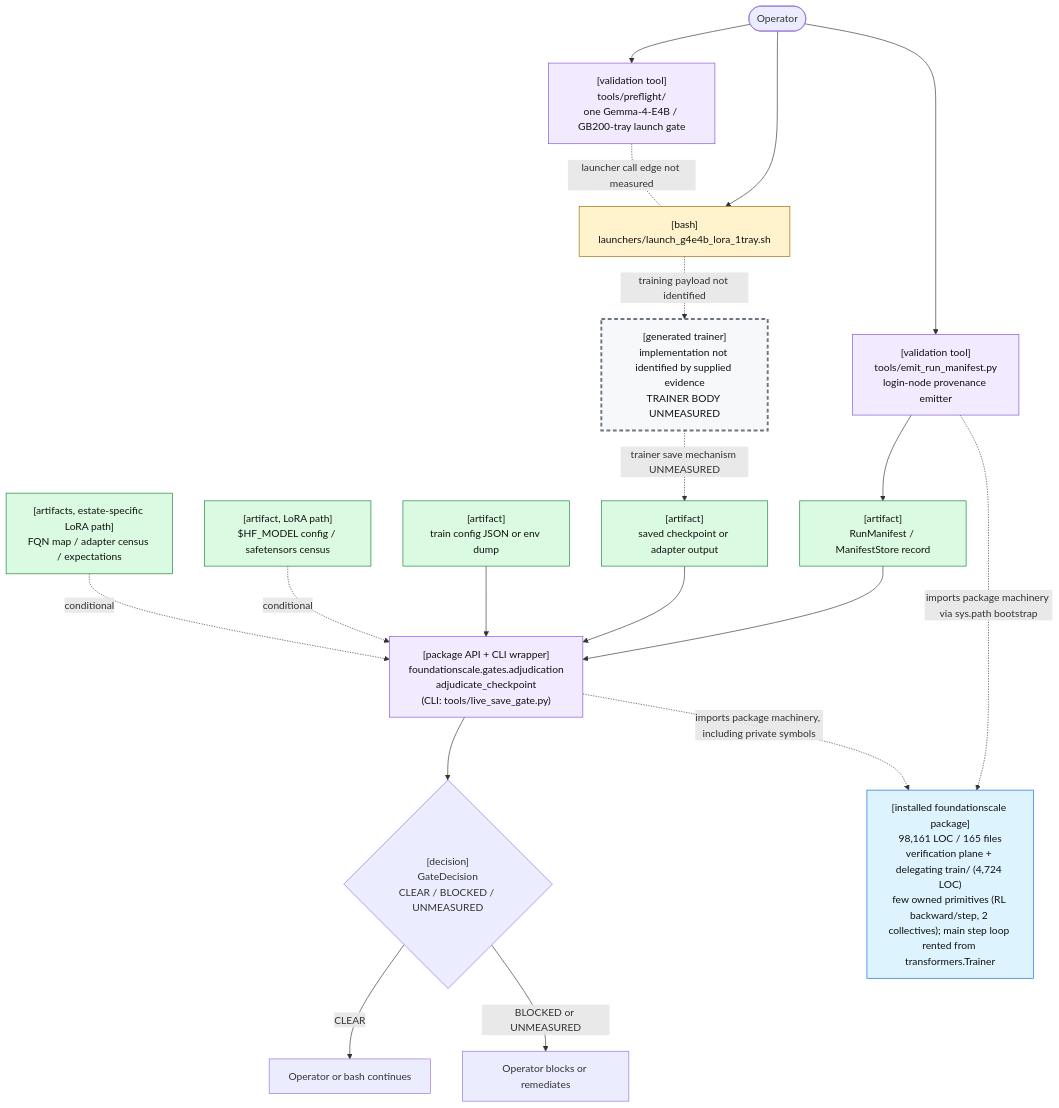
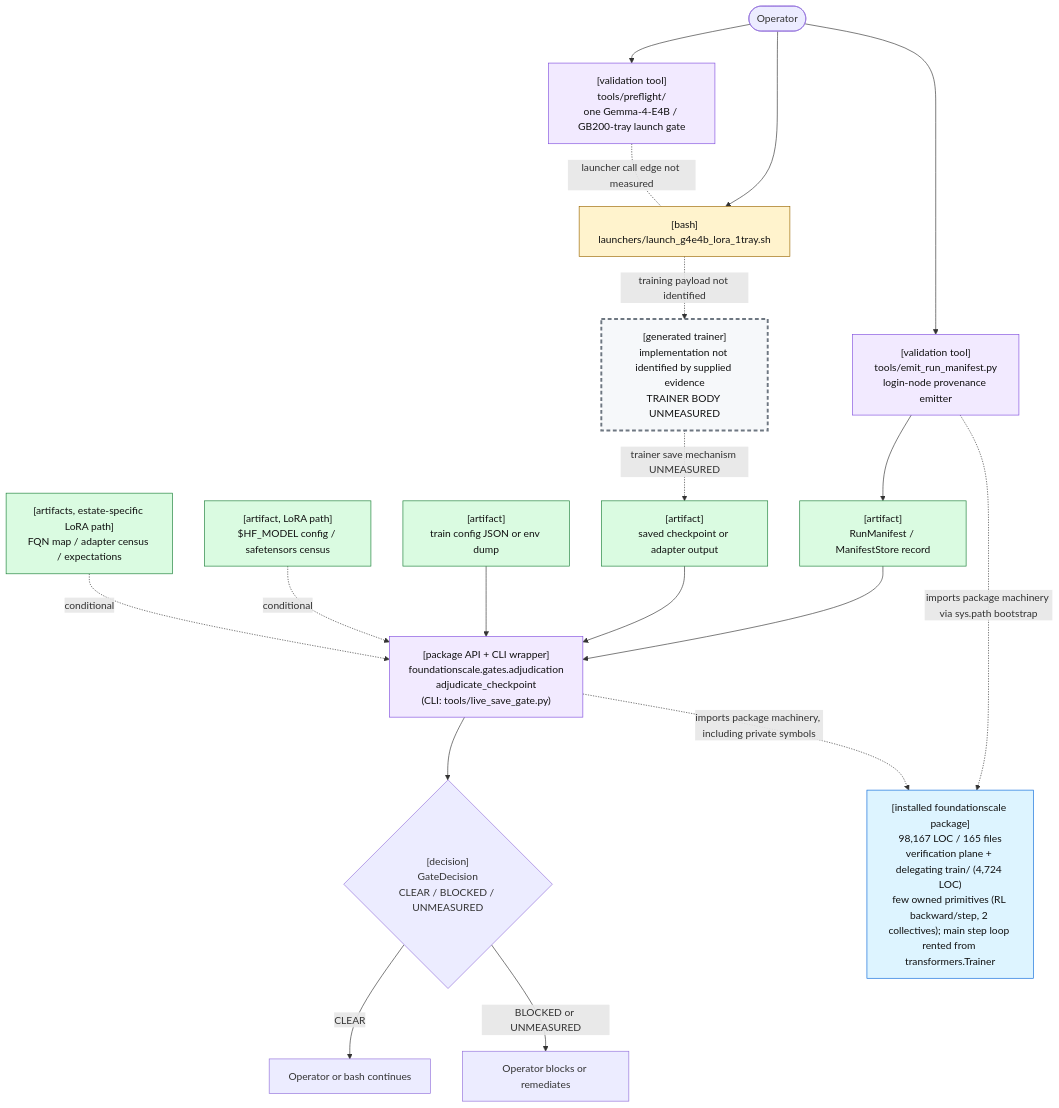
The first of 2 diagrams in docs/review/D2_current_architecture.md (TranNhiem/FoundationScale), drawn with Mermaid before and after one commit. The commit also changed other lines of this file and 10 other files, not shown here.

````diff
--- a/docs/review/D2_current_architecture.md
+++ b/docs/review/D2_current_architecture.md
@@ -25,59 +25,59 @@
 ```mermaid
 flowchart TB
   O(["Operator"])
 
   PF["[validation tool]<br/>tools/preflight/<br/>one Gemma-4-E4B / GB200-tray launch gate"]
   L["[bash]<br/>launchers/launch_g4e4b_lora_1tray.sh"]
 
   E["[validation tool]<br/>tools/emit_run_manifest.py<br/>login-node provenance emitter"]
   M["[artifact]<br/>RunManifest / ManifestStore record"]
 
   T["[generated trainer]<br/>implementation not identified by supplied evidence<br/>TRAINER BODY UNMEASURED"]
   C["[artifact]<br/>saved checkpoint or adapter output"]
 
   G["[package API + CLI wrapper]<br/>foundationscale.gates.adjudication<br/>adjudicate_checkpoint<br/>(CLI: tools/live_save_gate.py)"]
   CFG["[artifact]<br/>train config JSON or env dump"]
   BASE["[artifact, LoRA path]<br/>$HF_MODEL config / safetensors census"]
   CEN["[artifacts, estate-specific LoRA path]<br/>FQN map / adapter census / expectations"]
 
   D{"[decision]<br/>GateDecision<br/>CLEAR / BLOCKED / UNMEASURED"}
   OK["Operator or bash continues"]
   NO["Operator blocks or remediates"]
 
-  PKG["[installed foundationscale package]<br/>98,161 LOC / 165 files<br/>verification plane + delegating train/ (4,724 LOC)<br/>few owned primitives (RL backward/step, 2 collectives); main step loop rented from transformers.Trainer"]
+  PKG["[installed foundationscale package]<br/>98,167 LOC / 165 files<br/>verification plane + delegating train/ (4,724 LOC)<br/>few owned primitives (RL backward/step, 2 collectives); main step loop rented from transformers.Trainer"]
 
   O --> PF
   O --> L
   PF -. "launcher call edge not measured" .- L
 
   O --> E
   E --> M
 
   L -. "training payload not identified" .-> T
   T -. "trainer save mechanism UNMEASURED" .-> C
 
   M --> G
   C --> G
   CFG --> G
   BASE -. "conditional" .-> G
   CEN -. "conditional" .-> G
 
   E -. "imports package machinery via sys.path bootstrap" .-> PKG
   G -. "imports package machinery, including private symbols" .-> PKG
 
   G --> D
   D -->|"CLEAR"| OK
   D -->|"BLOCKED or UNMEASURED"| NO
 
   classDef bash fill:#fff3cd,stroke:#9a6700,color:#111;
   classDef tool fill:#f2eaff,stroke:#8250df,color:#111;
   classDef artifact fill:#dafbe1,stroke:#1a7f37,color:#111;
   classDef gap fill:#f6f8fa,stroke:#6e7781,stroke-width:3px,stroke-dasharray: 6 4,color:#111;
   classDef pkg fill:#ddf4ff,stroke:#0969da,color:#111;
 
   class L bash;
   class PF,E,G tool;
   class M,C,CFG,BASE,CEN artifact;
   class T gap;
   class PKG pkg;
 ```
````
